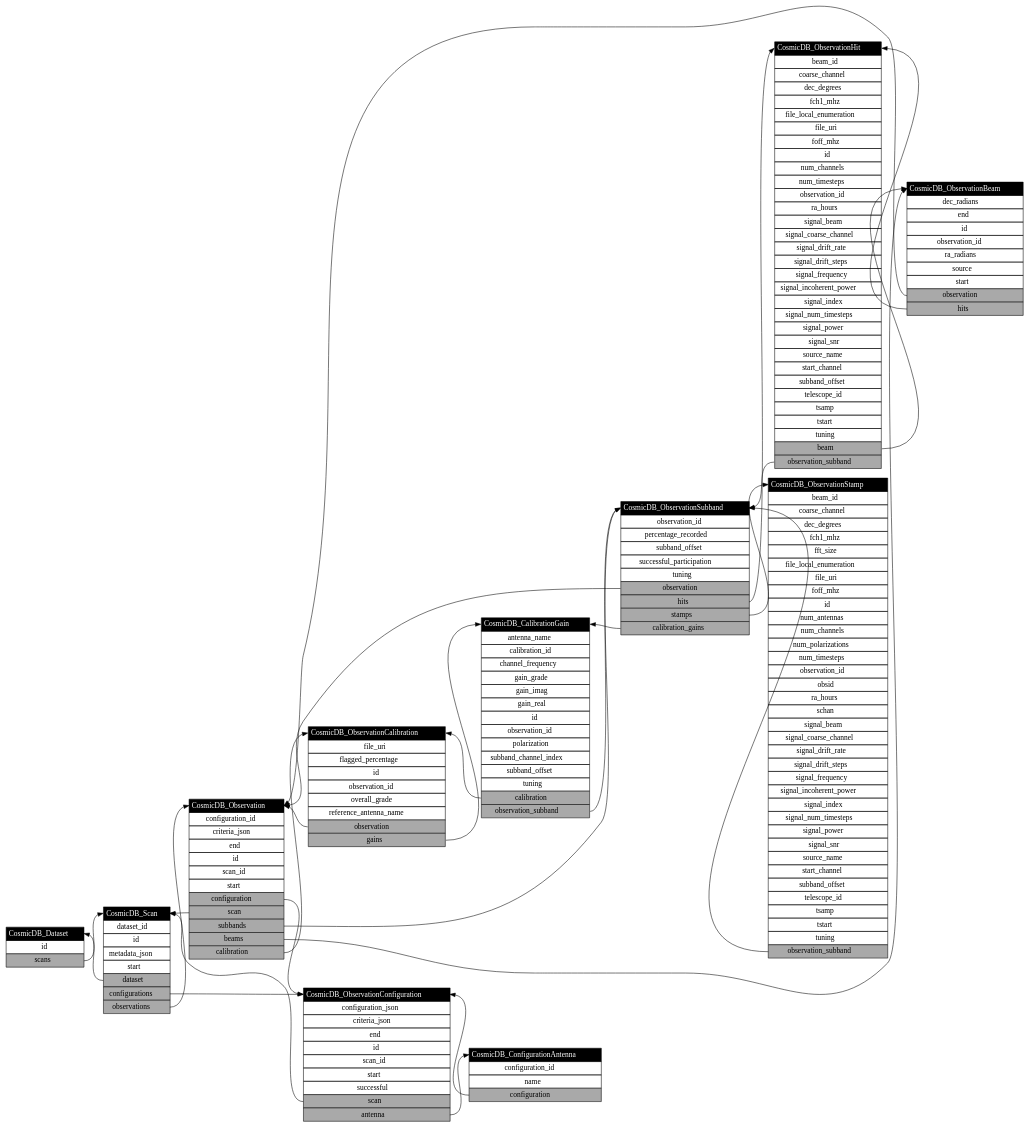
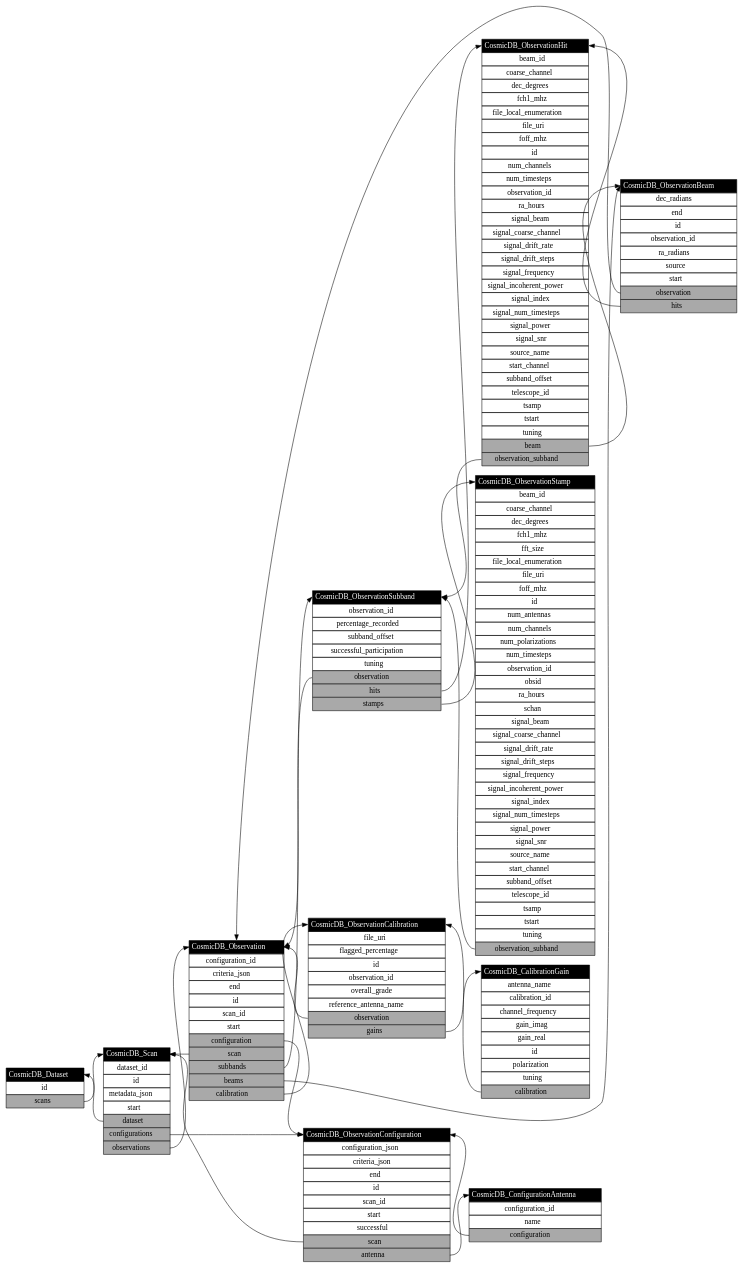
One commit to COSMIC-SETI/COSMIC-VLA-Database changed the diagram in docs/classes.dot. Above: the diagram before and after it, drawn with Graphviz. The commit also changed 7 other files, not shown here.

Commit message:
*~ CalibrationGain subband fields, grade

```diff
--- a/docs/classes.dot
+++ b/docs/classes.dot
@@ -1,199 +1,191 @@
 digraph CosmicDB {
 rankdir=LR;
 CosmicDB_Dataset:scans -> CosmicDB_Scan:class;
 CosmicDB_Dataset [label=<<table border="0" cellborder="1" cellspacing="0" cellpadding="4">
 	<tr><td bgcolor="black" port="class"><font color="white">CosmicDB_Dataset</font></td></tr>
 	<tr><td>id</td></tr>
 	<tr><td bgcolor="darkgrey" port="scans">scans</td></tr>
 </table>>, shape=plain];
 CosmicDB_Scan:dataset -> CosmicDB_Dataset:class;
 CosmicDB_Scan:configurations -> CosmicDB_ObservationConfiguration:class;
 CosmicDB_Scan:observations -> CosmicDB_Observation:class;
 CosmicDB_Scan [label=<<table border="0" cellborder="1" cellspacing="0" cellpadding="4">
 	<tr><td bgcolor="black" port="class"><font color="white">CosmicDB_Scan</font></td></tr>
 	<tr><td>dataset_id</td></tr>
 	<tr><td>id</td></tr>
 	<tr><td>metadata_json</td></tr>
 	<tr><td>start</td></tr>
 	<tr><td bgcolor="darkgrey" port="dataset">dataset</td></tr>
 	<tr><td bgcolor="darkgrey" port="configurations">configurations</td></tr>
 	<tr><td bgcolor="darkgrey" port="observations">observations</td></tr>
 </table>>, shape=plain];
 CosmicDB_ObservationConfiguration:scan -> CosmicDB_Scan:class;
 CosmicDB_ObservationConfiguration:antenna -> CosmicDB_ConfigurationAntenna:class;
 CosmicDB_ObservationConfiguration [label=<<table border="0" cellborder="1" cellspacing="0" cellpadding="4">
 	<tr><td bgcolor="black" port="class"><font color="white">CosmicDB_ObservationConfiguration</font></td></tr>
 	<tr><td>configuration_json</td></tr>
 	<tr><td>criteria_json</td></tr>
 	<tr><td>end</td></tr>
 	<tr><td>id</td></tr>
 	<tr><td>scan_id</td></tr>
 	<tr><td>start</td></tr>
 	<tr><td>successful</td></tr>
 	<tr><td bgcolor="darkgrey" port="scan">scan</td></tr>
 	<tr><td bgcolor="darkgrey" port="antenna">antenna</td></tr>
 </table>>, shape=plain];
 CosmicDB_ConfigurationAntenna:configuration -> CosmicDB_ObservationConfiguration:class;
 CosmicDB_ConfigurationAntenna [label=<<table border="0" cellborder="1" cellspacing="0" cellpadding="4">
 	<tr><td bgcolor="black" port="class"><font color="white">CosmicDB_ConfigurationAntenna</font></td></tr>
 	<tr><td>configuration_id</td></tr>
 	<tr><td>name</td></tr>
 	<tr><td bgcolor="darkgrey" port="configuration">configuration</td></tr>
 </table>>, shape=plain];
 CosmicDB_Observation:configuration -> CosmicDB_ObservationConfiguration:class;
 CosmicDB_Observation:scan -> CosmicDB_Scan:class;
 CosmicDB_Observation:subbands -> CosmicDB_ObservationSubband:class;
 CosmicDB_Observation:beams -> CosmicDB_ObservationBeam:class;
 CosmicDB_Observation:calibration -> CosmicDB_ObservationCalibration:class;
 CosmicDB_Observation [label=<<table border="0" cellborder="1" cellspacing="0" cellpadding="4">
 	<tr><td bgcolor="black" port="class"><font color="white">CosmicDB_Observation</font></td></tr>
 	<tr><td>configuration_id</td></tr>
 	<tr><td>criteria_json</td></tr>
 	<tr><td>end</td></tr>
 	<tr><td>id</td></tr>
 	<tr><td>scan_id</td></tr>
 	<tr><td>start</td></tr>
 	<tr><td bgcolor="darkgrey" port="configuration">configuration</td></tr>
 	<tr><td bgcolor="darkgrey" port="scan">scan</td></tr>
 	<tr><td bgcolor="darkgrey" port="subbands">subbands</td></tr>
 	<tr><td bgcolor="darkgrey" port="beams">beams</td></tr>
 	<tr><td bgcolor="darkgrey" port="calibration">calibration</td></tr>
 </table>>, shape=plain];
 CosmicDB_ObservationSubband:observation -> CosmicDB_Observation:class;
 CosmicDB_ObservationSubband:hits -> CosmicDB_ObservationHit:class;
 CosmicDB_ObservationSubband:stamps -> CosmicDB_ObservationStamp:class;
-CosmicDB_ObservationSubband:calibration_gains -> CosmicDB_CalibrationGain:class;
 CosmicDB_ObservationSubband [label=<<table border="0" cellborder="1" cellspacing="0" cellpadding="4">
 	<tr><td bgcolor="black" port="class"><font color="white">CosmicDB_ObservationSubband</font></td></tr>
 	<tr><td>observation_id</td></tr>
 	<tr><td>percentage_recorded</td></tr>
 	<tr><td>subband_offset</td></tr>
 	<tr><td>successful_participation</td></tr>
 	<tr><td>tuning</td></tr>
 	<tr><td bgcolor="darkgrey" port="observation">observation</td></tr>
 	<tr><td bgcolor="darkgrey" port="hits">hits</td></tr>
 	<tr><td bgcolor="darkgrey" port="stamps">stamps</td></tr>
-	<tr><td bgcolor="darkgrey" port="calibration_gains">calibration_gains</td></tr>
 </table>>, shape=plain];
 CosmicDB_ObservationCalibration:observation -> CosmicDB_Observation:class;
 CosmicDB_ObservationCalibration:gains -> CosmicDB_CalibrationGain:class;
 CosmicDB_ObservationCalibration [label=<<table border="0" cellborder="1" cellspacing="0" cellpadding="4">
 	<tr><td bgcolor="black" port="class"><font color="white">CosmicDB_ObservationCalibration</font></td></tr>
 	<tr><td>file_uri</td></tr>
 	<tr><td>flagged_percentage</td></tr>
 	<tr><td>id</td></tr>
 	<tr><td>observation_id</td></tr>
 	<tr><td>overall_grade</td></tr>
 	<tr><td>reference_antenna_name</td></tr>
 	<tr><td bgcolor="darkgrey" port="observation">observation</td></tr>
 	<tr><td bgcolor="darkgrey" port="gains">gains</td></tr>
 </table>>, shape=plain];
 CosmicDB_CalibrationGain:calibration -> CosmicDB_ObservationCalibration:class;
-CosmicDB_CalibrationGain:observation_subband -> CosmicDB_ObservationSubband:class;
 CosmicDB_CalibrationGain [label=<<table border="0" cellborder="1" cellspacing="0" cellpadding="4">
 	<tr><td bgcolor="black" port="class"><font color="white">CosmicDB_CalibrationGain</font></td></tr>
 	<tr><td>antenna_name</td></tr>
 	<tr><td>calibration_id</td></tr>
 	<tr><td>channel_frequency</td></tr>
-	<tr><td>gain_grade</td></tr>
 	<tr><td>gain_imag</td></tr>
 	<tr><td>gain_real</td></tr>
 	<tr><td>id</td></tr>
-	<tr><td>observation_id</td></tr>
 	<tr><td>polarization</td></tr>
-	<tr><td>subband_channel_index</td></tr>
-	<tr><td>subband_offset</td></tr>
 	<tr><td>tuning</td></tr>
 	<tr><td bgcolor="darkgrey" port="calibration">calibration</td></tr>
-	<tr><td bgcolor="darkgrey" port="observation_subband">observation_subband</td></tr>
 </table>>, shape=plain];
 CosmicDB_ObservationBeam:observation -> CosmicDB_Observation:class;
 CosmicDB_ObservationBeam:hits -> CosmicDB_ObservationHit:class;
 CosmicDB_ObservationBeam [label=<<table border="0" cellborder="1" cellspacing="0" cellpadding="4">
 	<tr><td bgcolor="black" port="class"><font color="white">CosmicDB_ObservationBeam</font></td></tr>
 	<tr><td>dec_radians</td></tr>
 	<tr><td>end</td></tr>
 	<tr><td>id</td></tr>
 	<tr><td>observation_id</td></tr>
 	<tr><td>ra_radians</td></tr>
 	<tr><td>source</td></tr>
 	<tr><td>start</td></tr>
 	<tr><td bgcolor="darkgrey" port="observation">observation</td></tr>
 	<tr><td bgcolor="darkgrey" port="hits">hits</td></tr>
 </table>>, shape=plain];
 CosmicDB_ObservationHit:beam -> CosmicDB_ObservationBeam:class;
 CosmicDB_ObservationHit:observation_subband -> CosmicDB_ObservationSubband:class;
 CosmicDB_ObservationHit [label=<<table border="0" cellborder="1" cellspacing="0" cellpadding="4">
 	<tr><td bgcolor="black" port="class"><font color="white">CosmicDB_ObservationHit</font></td></tr>
 	<tr><td>beam_id</td></tr>
 	<tr><td>coarse_channel</td></tr>
 	<tr><td>dec_degrees</td></tr>
 	<tr><td>fch1_mhz</td></tr>
 	<tr><td>file_local_enumeration</td></tr>
 	<tr><td>file_uri</td></tr>
 	<tr><td>foff_mhz</td></tr>
 	<tr><td>id</td></tr>
 	<tr><td>num_channels</td></tr>
 	<tr><td>num_timesteps</td></tr>
 	<tr><td>observation_id</td></tr>
 	<tr><td>ra_hours</td></tr>
 	<tr><td>signal_beam</td></tr>
 	<tr><td>signal_coarse_channel</td></tr>
 	<tr><td>signal_drift_rate</td></tr>
 	<tr><td>signal_drift_steps</td></tr>
 	<tr><td>signal_frequency</td></tr>
 	<tr><td>signal_incoherent_power</td></tr>
 	<tr><td>signal_index</td></tr>
 	<tr><td>signal_num_timesteps</td></tr>
 	<tr><td>signal_power</td></tr>
 	<tr><td>signal_snr</td></tr>
 	<tr><td>source_name</td></tr>
 	<tr><td>start_channel</td></tr>
 	<tr><td>subband_offset</td></tr>
 	<tr><td>telescope_id</td></tr>
 	<tr><td>tsamp</td></tr>
 	<tr><td>tstart</td></tr>
 	<tr><td>tuning</td></tr>
 	<tr><td bgcolor="darkgrey" port="beam">beam</td></tr>
 	<tr><td bgcolor="darkgrey" port="observation_subband">observation_subband</td></tr>
 </table>>, shape=plain];
 CosmicDB_ObservationStamp:observation_subband -> CosmicDB_ObservationSubband:class;
 CosmicDB_ObservationStamp [label=<<table border="0" cellborder="1" cellspacing="0" cellpadding="4">
 	<tr><td bgcolor="black" port="class"><font color="white">CosmicDB_ObservationStamp</font></td></tr>
 	<tr><td>beam_id</td></tr>
 	<tr><td>coarse_channel</td></tr>
 	<tr><td>dec_degrees</td></tr>
 	<tr><td>fch1_mhz</td></tr>
 	<tr><td>fft_size</td></tr>
 	<tr><td>file_local_enumeration</td></tr>
 	<tr><td>file_uri</td></tr>
 	<tr><td>foff_mhz</td></tr>
 	<tr><td>id</td></tr>
 	<tr><td>num_antennas</td></tr>
 	<tr><td>num_channels</td></tr>
 	<tr><td>num_polarizations</td></tr>
 	<tr><td>num_timesteps</td></tr>
 	<tr><td>observation_id</td></tr>
 	<tr><td>obsid</td></tr>
 	<tr><td>ra_hours</td></tr>
 	<tr><td>schan</td></tr>
 	<tr><td>signal_beam</td></tr>
 	<tr><td>signal_coarse_channel</td></tr>
 	<tr><td>signal_drift_rate</td></tr>
 	<tr><td>signal_drift_steps</td></tr>
 	<tr><td>signal_frequency</td></tr>
 	<tr><td>signal_incoherent_power</td></tr>
 	<tr><td>signal_index</td></tr>
 	<tr><td>signal_num_timesteps</td></tr>
 	<tr><td>signal_power</td></tr>
 	<tr><td>signal_snr</td></tr>
 	<tr><td>source_name</td></tr>
 	<tr><td>start_channel</td></tr>
 	<tr><td>subband_offset</td></tr>
 	<tr><td>telescope_id</td></tr>
 	<tr><td>tsamp</td></tr>
 	<tr><td>tstart</td></tr>
 	<tr><td>tuning</td></tr>
 	<tr><td bgcolor="darkgrey" port="observation_subband">observation_subband</td></tr>
 </table>>, shape=plain];
 }
```
